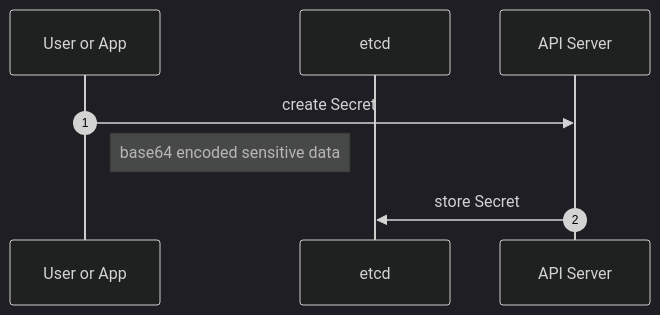
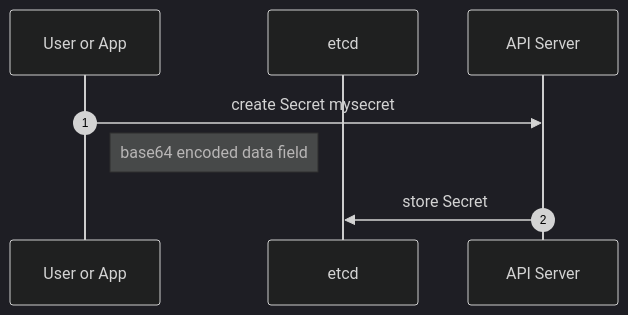
One commit to beezy-dev/verbose-couscous changed the diagram in docs/community/k8s-secrets.md. Above: the diagram before and after it, drawn with Mermaid (dark theme). The commit also changed other lines of this file, not shown here.

````diff
--- a/docs/community/k8s-secrets.md
+++ b/docs/community/k8s-secrets.md
@@ -79,10 +79,10 @@
 ```mermaid
 sequenceDiagram
 participant User or App
 participant etcd
 participant API Server
 autonumber
-  User or App->>API Server: create Secret
-  Note right of User or App: base64 encoded sensitive data
+  User or App->>API Server: create Secret mysecret
+  Note right of User or App: base64 encoded data field
   API Server->>etcd: store Secret
 ```
````
